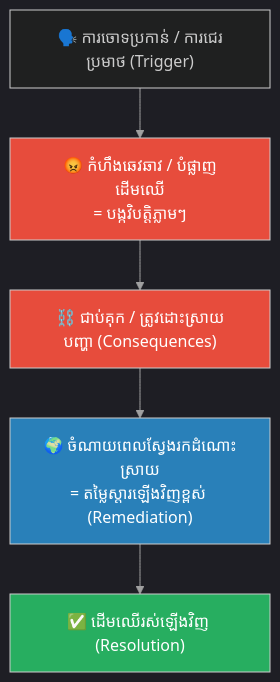
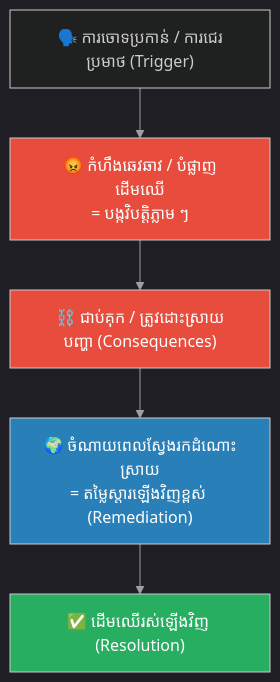
The first of 3 diagrams in feeds/concepts/parables/254-the-ginseng-fruit-tree-and-the-cost-of-impulse.md (GuideStack/iblogger-feeds), drawn with Mermaid before and after one commit. The commit also changed other lines of this file and 11 other files, not shown here.

````diff
--- a/feeds/concepts/parables/254-the-ginseng-fruit-tree-and-the-cost-of-impulse.md
+++ b/feeds/concepts/parables/254-the-ginseng-fruit-tree-and-the-cost-of-impulse.md
@@ -37,21 +37,21 @@
 ```mermaid
 %%{init: {
   'theme': 'dark',
   'themeVariables': {
     'background': '#1e1e1e',
     'primaryTextColor': '#ffffff',
     'lineColor': '#a0a0a0'
   },
   'themeCSS': 'svg { background-color: #1e1e1e !important; padding: 1rem !important; border-radius: 8px !important; } .edgeLabel rect { fill: #1e1e1e !important; } text, tspan { fill: #ffffff !important; }'
 } }%%
 graph TD
-    A["🗣️ ការចោទប្រកាន់ / ការជេរប្រមាថ (Trigger)"] --> B["😡 កំហឹងឆេវឆាវ / បំផ្លាញដើមឈើ<br/>= បង្កវិបត្តិភ្លាមៗ"]
+    A["🗣️ ការចោទប្រកាន់ / ការជេរប្រមាថ (Trigger)"] --> B["😡 កំហឹងឆេវឆាវ / បំផ្លាញដើមឈើ<br/>= បង្កវិបត្តិភ្លាម ៗ "]
     B --> C["⛓️ ជាប់គុក / ត្រូវដោះស្រាយបញ្ហា (Consequences)"]
     C --> D["🌍 ចំណាយពេលស្វែងរកដំណោះស្រាយ<br/>= តម្លៃស្តារឡើងវិញខ្ពស់ (Remediation)"]
     D --> E["✅ ដើមឈើរស់ឡើងវិញ (Resolution)"]
 
     style B fill:#e74c3c,color:#fff
     style C fill:#e74c3c,color:#fff
     style D fill:#2980b9,color:#fff
     style E fill:#27ae60,color:#fff
 ```
````
